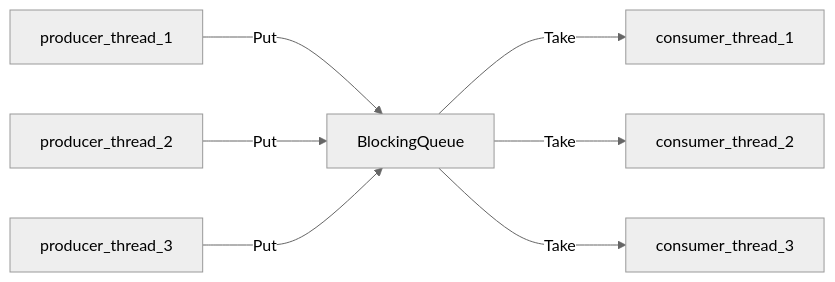
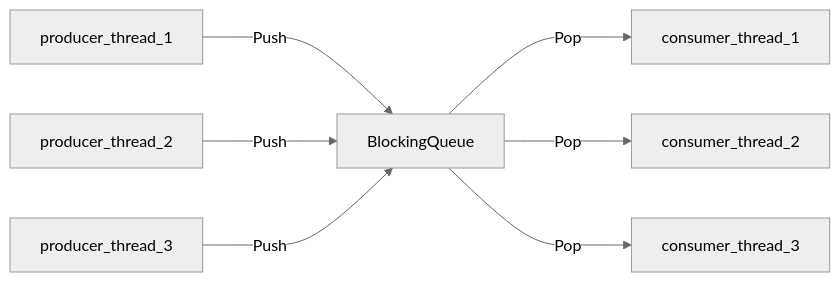
One commit to xiaogithubooo/LimouLearnNote changed the diagram in Linux_System_Note/018+limou+2023_12_23+Linux的线程和互斥量和条件变量.md. Above: the diagram before and after it, drawn with Mermaid (neutral theme). The commit also changed other lines of this file and 5 other files, not shown here.

````diff
--- a/Linux_System_Note/018+limou+2023_12_23+Linux的线程和互斥量和条件变量.md
+++ b/Linux_System_Note/018+limou+2023_12_23+Linux的线程和互斥量和条件变量.md
@@ -1939,12 +1939,12 @@
 ```mermaid
 flowchart LR
 producer_thread_1["producer_thread_1"]
 producer_thread_2["producer_thread_2"]
 producer_thread_3["producer_thread_3"]
 
 consumer_thread_1["consumer_thread_1"]
 consumer_thread_2["consumer_thread_2"]
 consumer_thread_3["consumer_thread_3"]
 
-producer_thread_1 & producer_thread_2 & producer_thread_3 --->|"Put"| BlockingQueue --->|"Take"| consumer_thread_1 & consumer_thread_2 & consumer_thread_3
+producer_thread_1 & producer_thread_2 & producer_thread_3 --->|"Push"| BlockingQueue --->|"Pop"| consumer_thread_1 & consumer_thread_2 & consumer_thread_3
 ```
````
